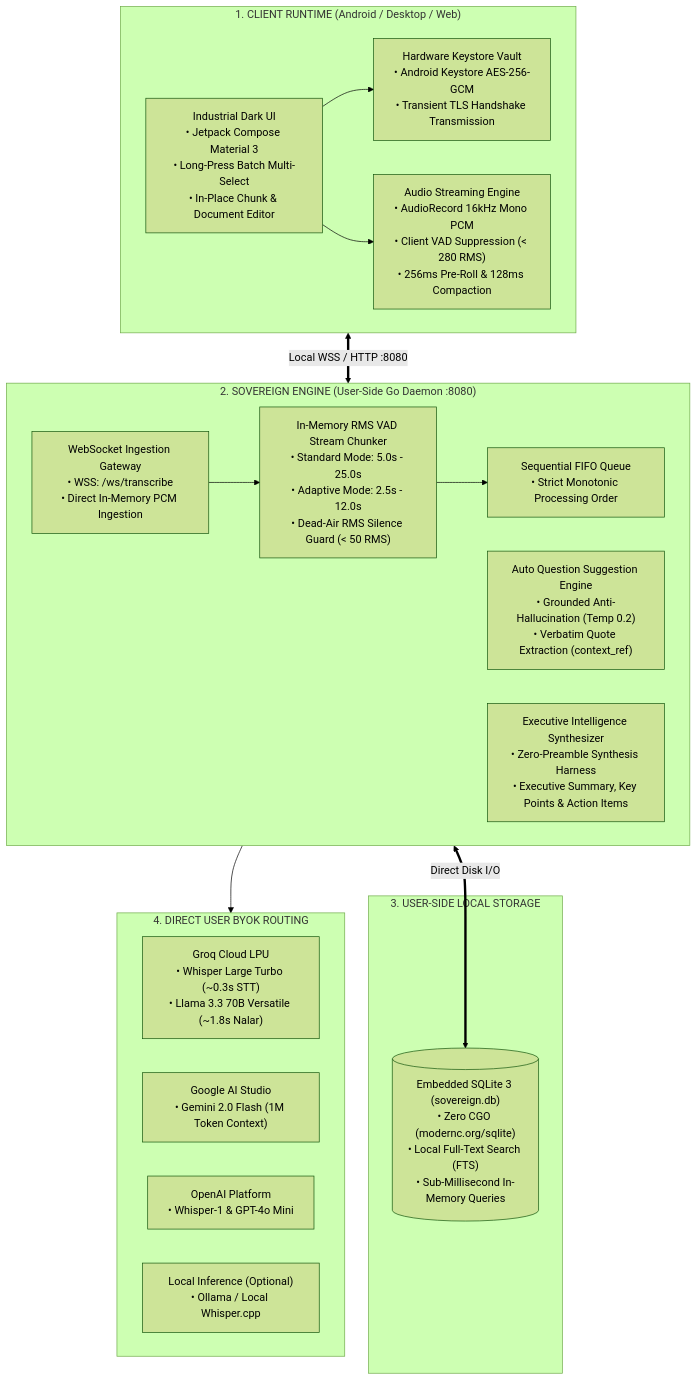
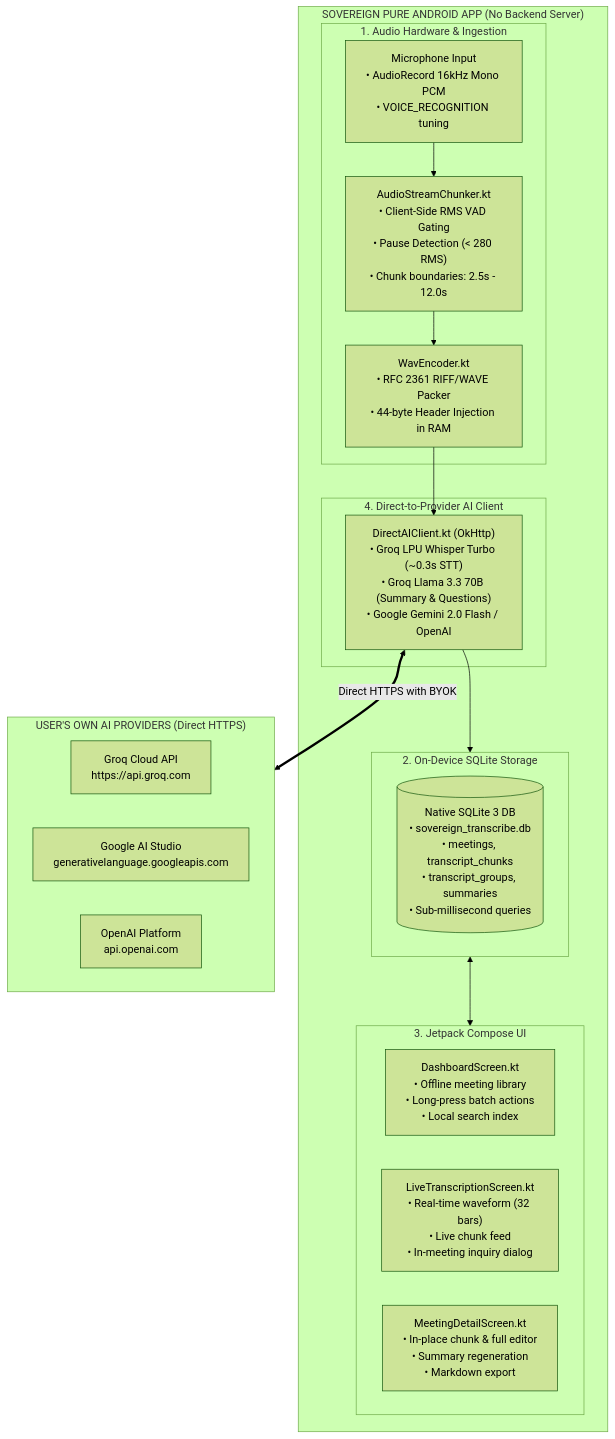
Before and after one commit to paperalt/sovereign: the diagram in README.md, drawn with Mermaid (forest theme). The commit also changed other lines of this file and 114 other files, not shown here.

Commit message:
feat: transform into pure standalone Android app — zero backend, 100% on-device SQLite storage, client-side WAV encoding & VAD, and direct HTTPS AI routing

````diff
--- a/README.md
+++ b/README.md
@@ -37,36 +36,37 @@
 ```mermaid
 flowchart TD
-    subgraph UserDevice["1. CLIENT RUNTIME (Android / Desktop / Web)"]
-        UI["Industrial Dark UI<br/>• Jetpack Compose Material 3<br/>• Long-Press Batch Multi-Select<br/>• In-Place Chunk & Document Editor"]
-        Vault["Hardware Keystore Vault<br/>• Android Keystore AES-256-GCM<br/>• Transient TLS Handshake Transmission"]
-        AudioPump["Audio Streaming Engine<br/>• AudioRecord 16kHz Mono PCM<br/>• Client VAD Suppression (< 280 RMS)<br/>• 256ms Pre-Roll & 128ms Compaction"]
-        UI --> Vault
-        UI --> AudioPump
+    subgraph AndroidApp["SOVEREIGN PURE ANDROID APP (No Backend Server)"]
+        subgraph Hardware["1. Audio Hardware & Ingestion"]
+            Mic["Microphone Input<br/>• AudioRecord 16kHz Mono PCM<br/>• VOICE_RECOGNITION tuning"]
+            Chunker["AudioStreamChunker.kt<br/>• Client-Side RMS VAD Gating<br/>• Pause Detection (< 280 RMS)<br/>• Chunk boundaries: 2.5s - 12.0s"]
+            Encoder["WavEncoder.kt<br/>• RFC 2361 RIFF/WAVE Packer<br/>• 44-byte Header Injection in RAM"]
+            Mic --> Chunker --> Encoder
+        end
+
+        subgraph LocalStore["2. On-Device SQLite Storage"]
+            SQLite[("Native SQLite 3 DB<br/>• sovereign_transcribe.db<br/>• meetings, transcript_chunks<br/>• transcript_groups, summaries<br/>• Sub-millisecond queries")]
+        end
+
+        subgraph UI["3. Jetpack Compose UI"]
+            Dashboard["DashboardScreen.kt<br/>• Offline meeting library<br/>• Long-press batch actions<br/>• Local search index"]
+            Live["LiveTranscriptionScreen.kt<br/>• Real-time waveform (32 bars)<br/>• Live chunk feed<br/>• In-meeting inquiry dialog"]
+            Detail["MeetingDetailScreen.kt<br/>• In-place chunk & full editor<br/>• Summary regeneration<br/>• Markdown export"]
+        end
+
+        subgraph DirectAI["4. Direct-to-Provider AI Client"]
+            AIClient["DirectAIClient.kt (OkHttp)<br/>• Groq LPU Whisper Turbo (~0.3s STT)<br/>• Groq Llama 3.3 70B (Summary & Questions)<br/>• Google Gemini 2.0 Flash / OpenAI"]
+        end
+
+        Encoder --> AIClient
+        AIClient --> LocalStore
+        LocalStore <--> UI
     end
 
-    subgraph LocalDaemon["2. SOVEREIGN ENGINE (User-Side Go Daemon :8080)"]
-        WSGateway["WebSocket Ingestion Gateway<br/>• WSS: /ws/transcribe<br/>• Direct In-Memory PCM Ingestion"]
-        Chunker["In-Memory RMS VAD Stream Chunker<br/>• Standard Mode: 5.0s - 25.0s<br/>• Adaptive Mode: 2.5s - 12.0s<br/>• Dead-Air RMS Silence Guard (< 50 RMS)"]
-        FIFO["Sequential FIFO Queue<br/>• Strict Monotonic Processing Order"]
-        InquiryEngine["Auto Question Suggestion Engine<br/>• Grounded Anti-Hallucination (Temp 0.2)<br/>• Verbatim Quote Extraction (context_ref)"]
-        ExecutiveSummarizer["Executive Intelligence Synthesizer<br/>• Zero-Preamble Synthesis Harness<br/>• Executive Summary, Key Points & Action Items"]
-
-        WSGateway --> Chunker
-        Chunker --> FIFO
+    subgraph ExternalAPIs["USER'S OWN AI PROVIDERS (Direct HTTPS)"]
+        Groq["Groq Cloud API<br/>https://api.groq.com"]
+        Google["Google AI Studio<br/>generativelanguage.googleapis.com"]
+        OpenAI["OpenAI Platform<br/>api.openai.com"]
     end
 
-    subgraph UserStorage["3. USER-SIDE LOCAL STORAGE"]
-        SQLite[("Embedded SQLite 3 (sovereign.db)<br/>• Zero CGO (modernc.org/sqlite)<br/>• Local Full-Text Search (FTS)<br/>• Sub-Millisecond In-Memory Queries")]
-    end
-
-    subgraph DirectAI["4. DIRECT USER BYOK ROUTING"]
-        Groq["Groq Cloud LPU<br/>• Whisper Large Turbo (~0.3s STT)<br/>• Llama 3.3 70B Versatile (~1.8s Nalar)"]
-        Gemini["Google AI Studio<br/>• Gemini 2.0 Flash (1M Token Context)"]
-        OpenAI["OpenAI Platform<br/>• Whisper-1 & GPT-4o Mini"]
-        LocalModel["Local Inference (Optional)<br/>• Ollama / Local Whisper.cpp"]
-    end
-
-    UserDevice <==> |Local WSS / HTTP :8080| LocalDaemon
-    LocalDaemon <==> |Direct Disk I/O| SQLite
-    LocalDaemon --> DirectAI
+    AIClient <==> |Direct HTTPS with BYOK| ExternalAPIs
 ```
````
